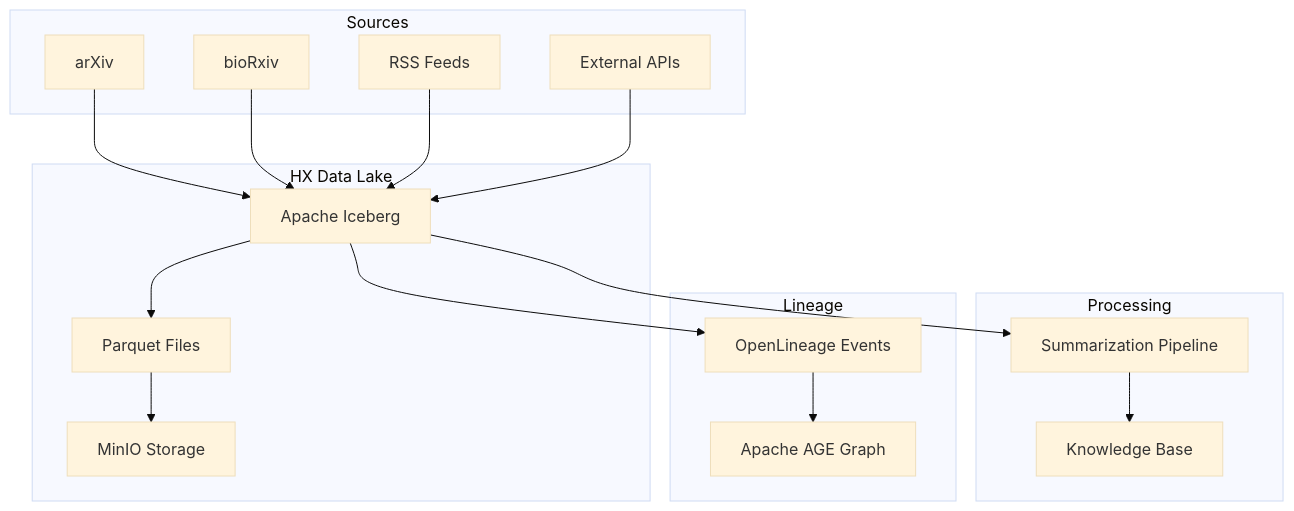
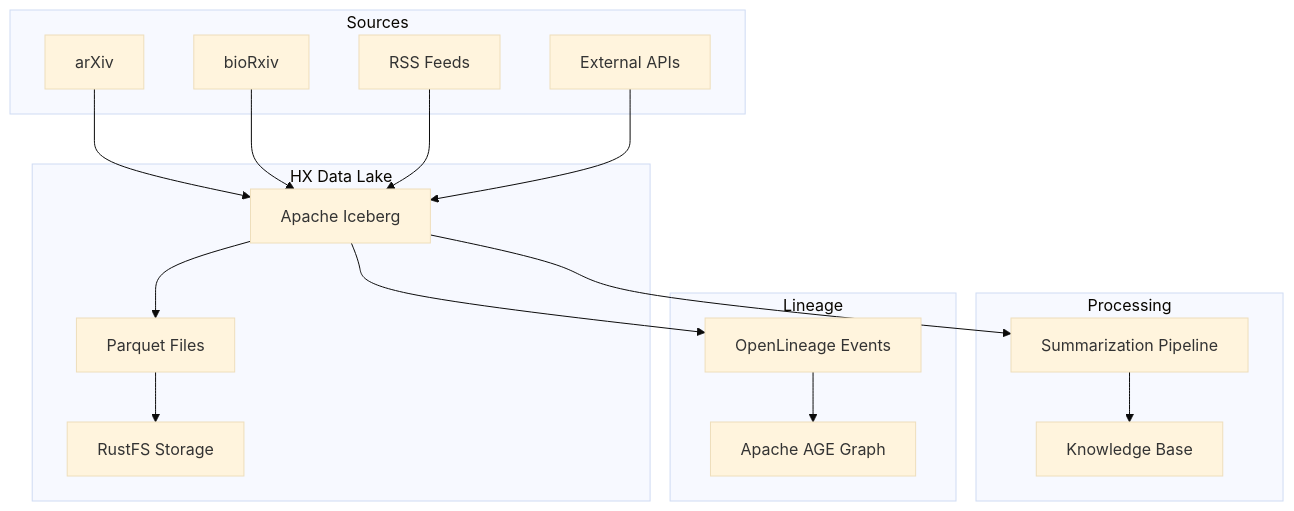
One commit to zndx/gaius changed the first of 2 diagrams in src/gaius/hx/README.md. Above: the diagram before and after it, drawn with Mermaid (base theme). The commit also changed other lines of this file and 63 other files, not shown here.

````diff
--- a/src/gaius/hx/README.md
+++ b/src/gaius/hx/README.md
@@ -7,36 +7,36 @@
 ```mermaid
 graph TB
     subgraph "Sources"
         ARXIV[arXiv]
         BIORXIV[bioRxiv]
         RSS[RSS Feeds]
         API[External APIs]
     end
 
     subgraph "HX Data Lake"
         ICE[Apache Iceberg]
         PQ[Parquet Files]
-        MINIO[MinIO Storage]
+        RUSTFS[RustFS Storage]
     end
 
     subgraph "Processing"
         SUM[Summarization Pipeline]
         KB[Knowledge Base]
     end
 
     subgraph "Lineage"
         OL[OpenLineage Events]
         AGE[Apache AGE Graph]
     end
 
     ARXIV --> ICE
     BIORXIV --> ICE
     RSS --> ICE
     API --> ICE
     ICE --> PQ
-    PQ --> MINIO
+    PQ --> RUSTFS
     ICE --> SUM
     SUM --> KB
     ICE --> OL
     OL --> AGE
 ```
````
